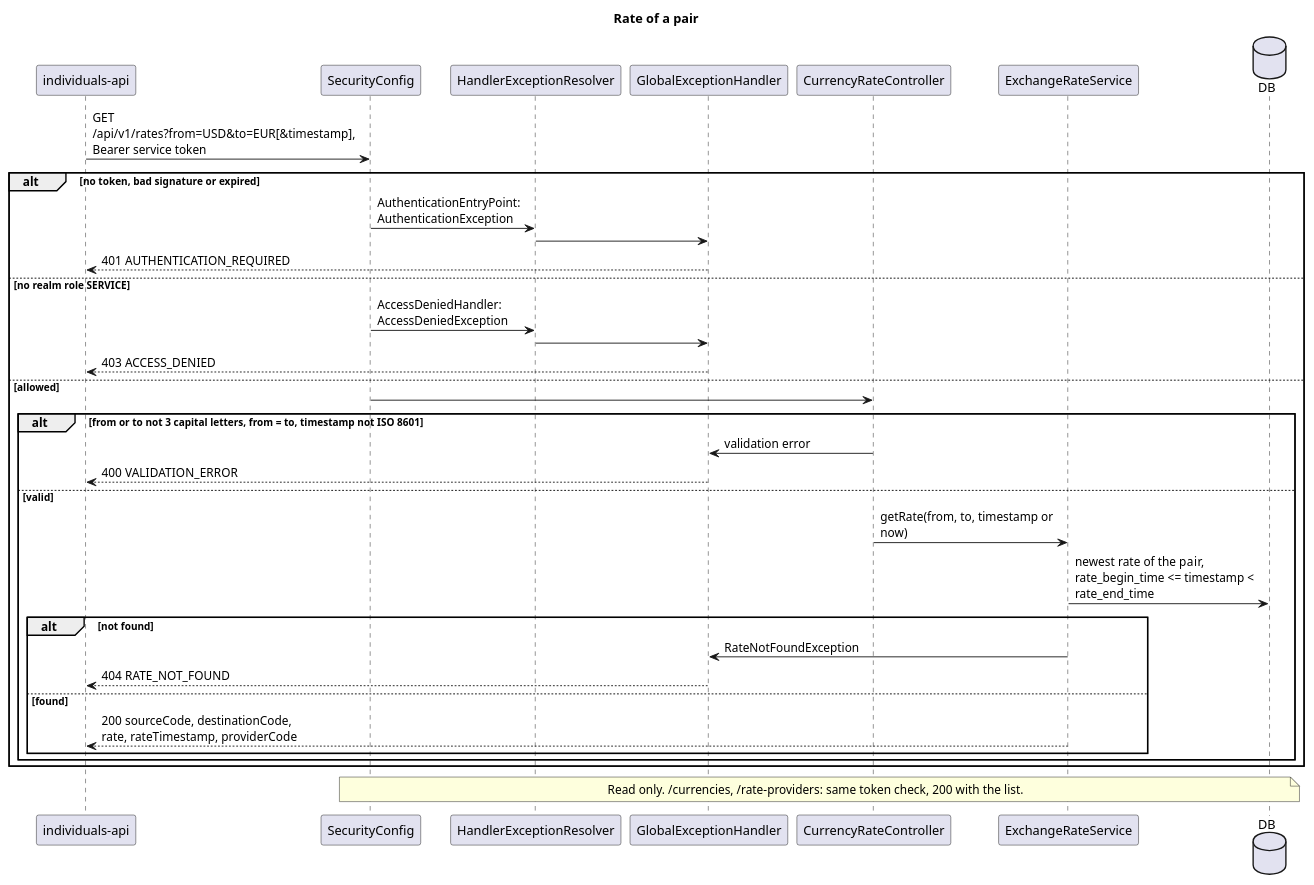
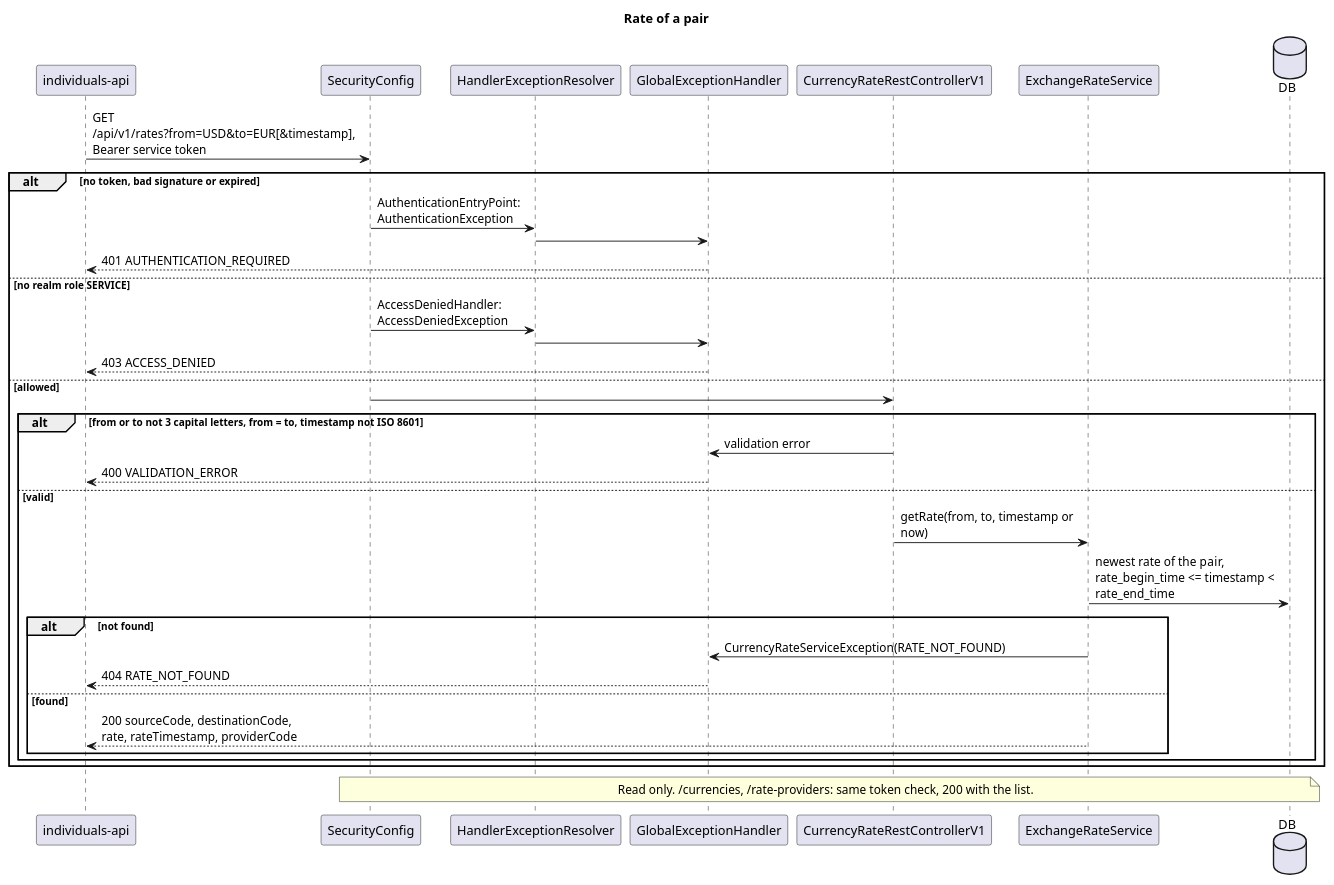
One commit to dezxxx/payment-platform changed the diagram in currency-rate-service/diagrams-c4/sequence-rate-get.puml. Above: the diagram before and after it, drawn with PlantUML. The commit also changed 118 other files, not shown here.

Commit message:
feat: add currency-rate-service and transfers between currencies through individuals-api

```diff
--- a/currency-rate-service/diagrams-c4/sequence-rate-get.puml
+++ b/currency-rate-service/diagrams-c4/sequence-rate-get.puml
@@ -1,40 +1,40 @@
 @startuml sequence-rate-get
 title Rate of a pair
 skinparam maxMessageSize 220
 skinparam responseMessageBelowArrow true
 
 participant "individuals-api" as IA
 participant "SecurityConfig" as Sec
 participant "HandlerExceptionResolver" as Res
 participant "GlobalExceptionHandler" as Err
-participant "CurrencyRateController" as Ctl
+participant "CurrencyRateRestControllerV1" as Ctl
 participant "ExchangeRateService" as S
 database "DB" as DB
 
 IA -> Sec: GET /api/v1/rates?from=USD&to=EUR[&timestamp], Bearer service token
 alt no token, bad signature or expired
     Sec -> Res: AuthenticationEntryPoint: AuthenticationException
     Res -> Err
     Err --> IA: 401 AUTHENTICATION_REQUIRED
 else no realm role SERVICE
     Sec -> Res: AccessDeniedHandler: AccessDeniedException
     Res -> Err
     Err --> IA: 403 ACCESS_DENIED
 else allowed
     Sec -> Ctl
     alt from or to not 3 capital letters, from = to, timestamp not ISO 8601
         Ctl -> Err: validation error
         Err --> IA: 400 VALIDATION_ERROR
     else valid
         Ctl -> S: getRate(from, to, timestamp or now)
         S -> DB: newest rate of the pair, rate_begin_time <= timestamp < rate_end_time
         alt not found
-            S -> Err: RateNotFoundException
+            S -> Err: CurrencyRateServiceException(RATE_NOT_FOUND)
             Err --> IA: 404 RATE_NOT_FOUND
         else found
             S --> IA: 200 sourceCode, destinationCode, rate, rateTimestamp, providerCode
         end
     end
 end
 note over Sec, DB: Read only. /currencies, /rate-providers: same token check, 200 with the list.
 @enduml
```
